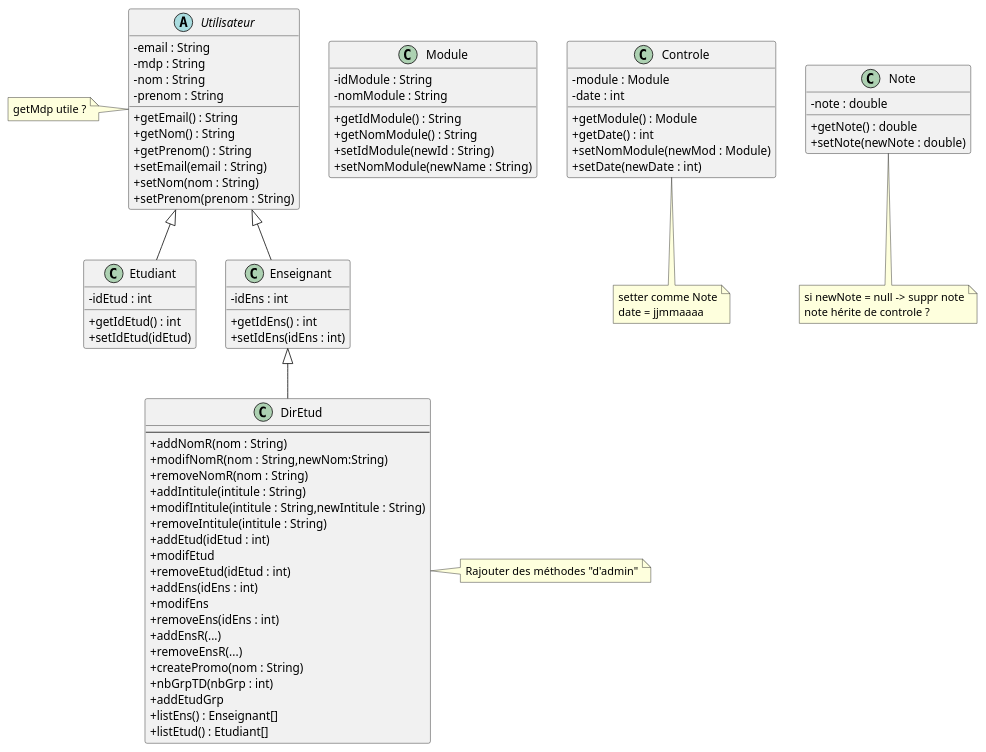
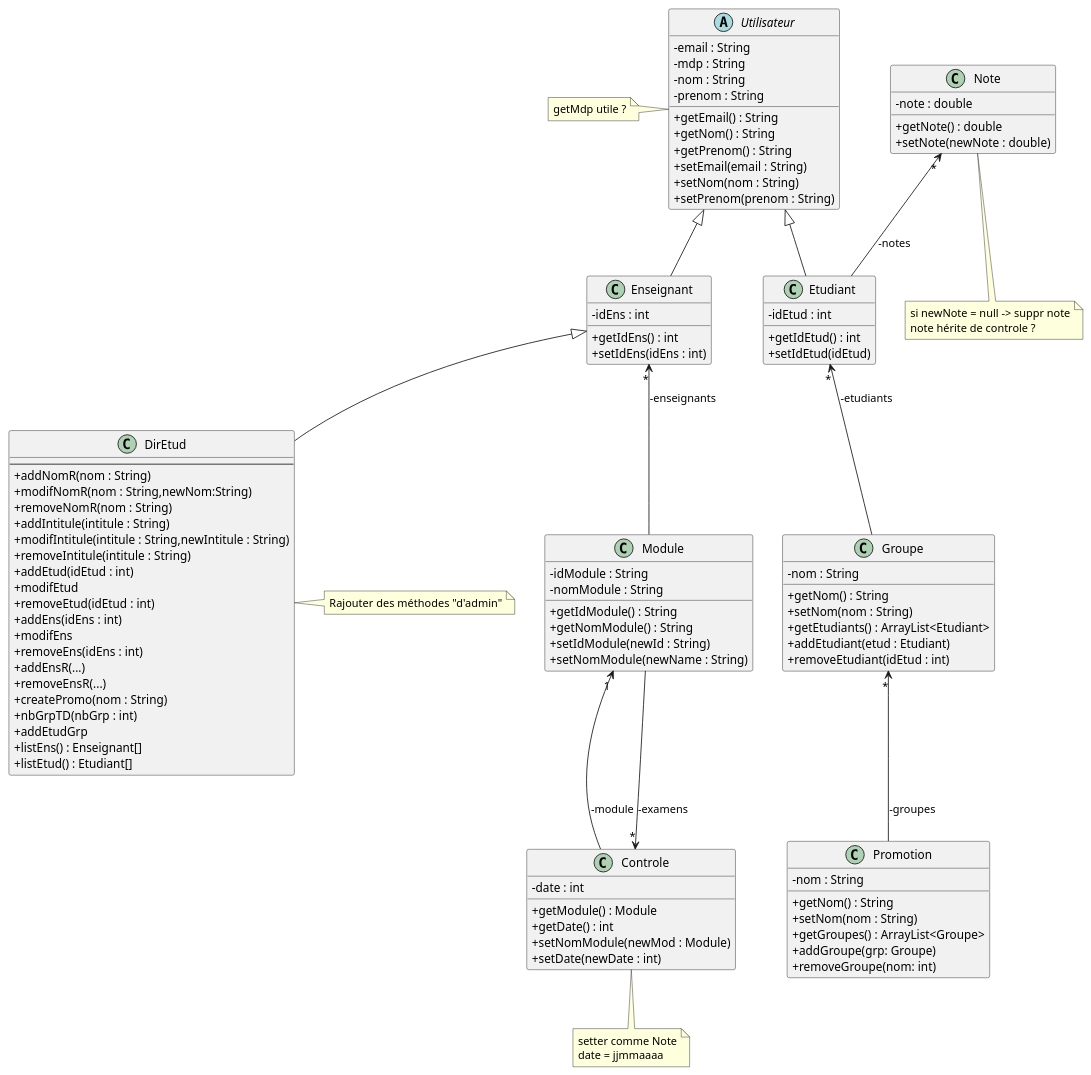
The diagram in diag_classe.md (Lohasta/Kallax), drawn with PlantUML before and after one commit.

Commit message:
Update file diag_classe.md

```diff
--- a/diag_classe.md
+++ b/diag_classe.md
@@ -64,7 +64,6 @@
 }
 
 +class Controle{
-- module : Module
 - date : int
 + getModule() : Module 
 + getDate() : int
@@ -85,6 +84,30 @@
 note hérite de controle ?
 }
 
++class Promotion{
+- nom : String
++ getNom() : String
++ setNom(nom : String)
++ getGroupes() : ArrayList<Groupe>
++ addGroupe(grp: Groupe)
++ removeGroupe(nom: int)
+}
+
++class Groupe{
+- nom : String
++ getNom() : String
++ setNom(nom : String)
++ getEtudiants() : ArrayList<Etudiant>
++ addEtudiant(etud : Etudiant)
++ removeEtudiant(idEtud : int)
+}
+
+Note "*" <-- Etudiant : -notes
+Module "1" <-- Controle : -module
+Controle "*" <-- Module : -examens
+Enseignant "*" <-- Module : -enseignants
+Etudiant "*" <-- Groupe: -etudiants
+Groupe "*" <-- Promotion : -groupes
 Utilisateur <|-- Etudiant
 Utilisateur <|-- Enseignant
 Enseignant <|-- DirEtud
```
